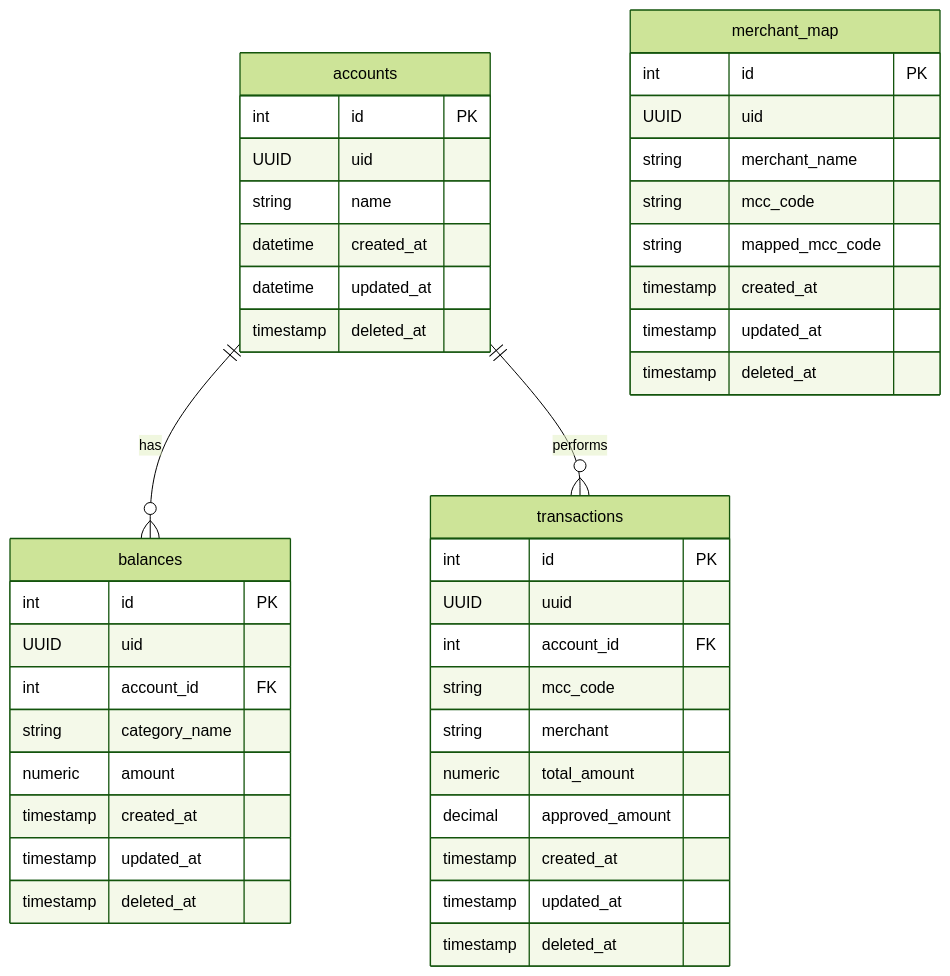
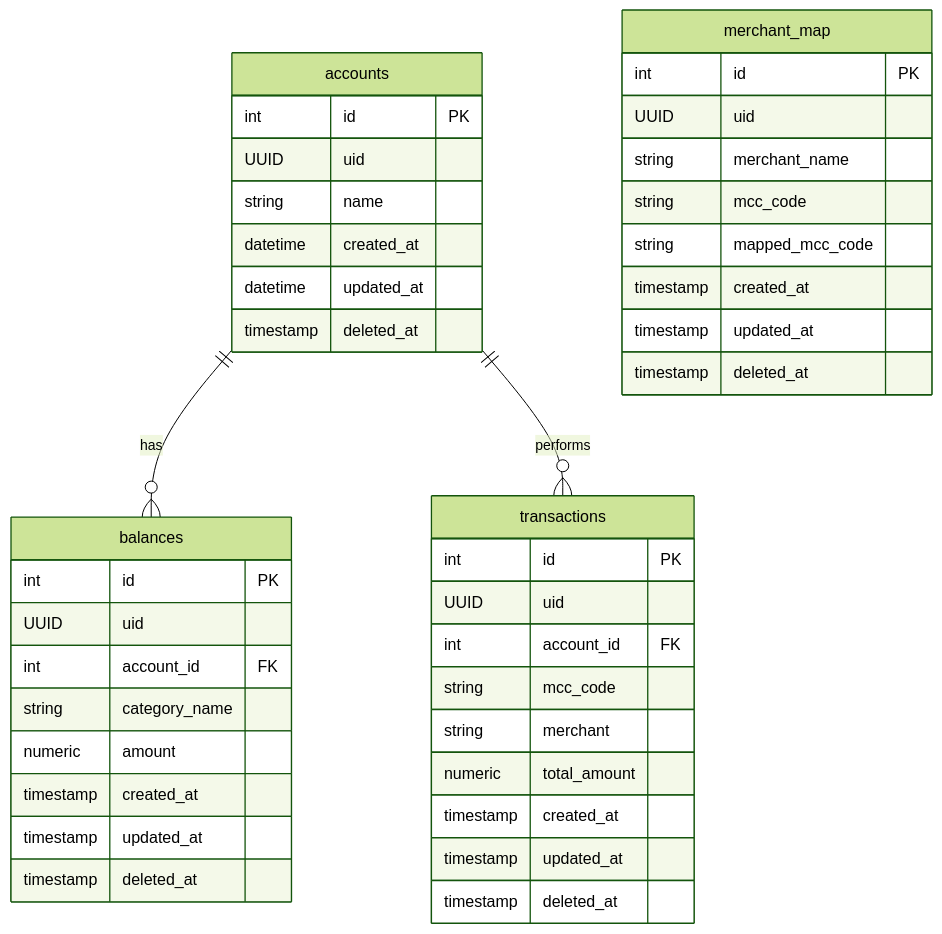
Before and after one commit to marciovmartins/jtonynet-go-payments-api: the second of 3 diagrams in README.md, drawn with Mermaid (forest theme).

````diff
--- a/README.md
+++ b/README.md
@@ -448,50 +448,49 @@
 ```mermaid
 erDiagram
     accounts {
         int id PK
         UUID uid
         string name
         datetime created_at
         datetime updated_at
         timestamp deleted_at
     }
 
     balances {
         int id PK
         UUID uid
         int account_id FK
         string category_name
         numeric amount
         timestamp created_at
         timestamp updated_at
         timestamp deleted_at
     }
 
     transactions {
         int id PK
-        UUID uuid
+        UUID uid
         int account_id FK
         string mcc_code
         string merchant
         numeric total_amount
-        decimal approved_amount
         timestamp created_at
         timestamp updated_at
         timestamp deleted_at
     }
     
     merchant_map {
         int id PK
         UUID uid
         string merchant_name
         string mcc_code
         string mapped_mcc_code
         timestamp created_at
         timestamp updated_at
         timestamp deleted_at
     }
 
     accounts ||--o{ balances : has
     accounts ||--o{ transactions : performs
     
 ```
````
